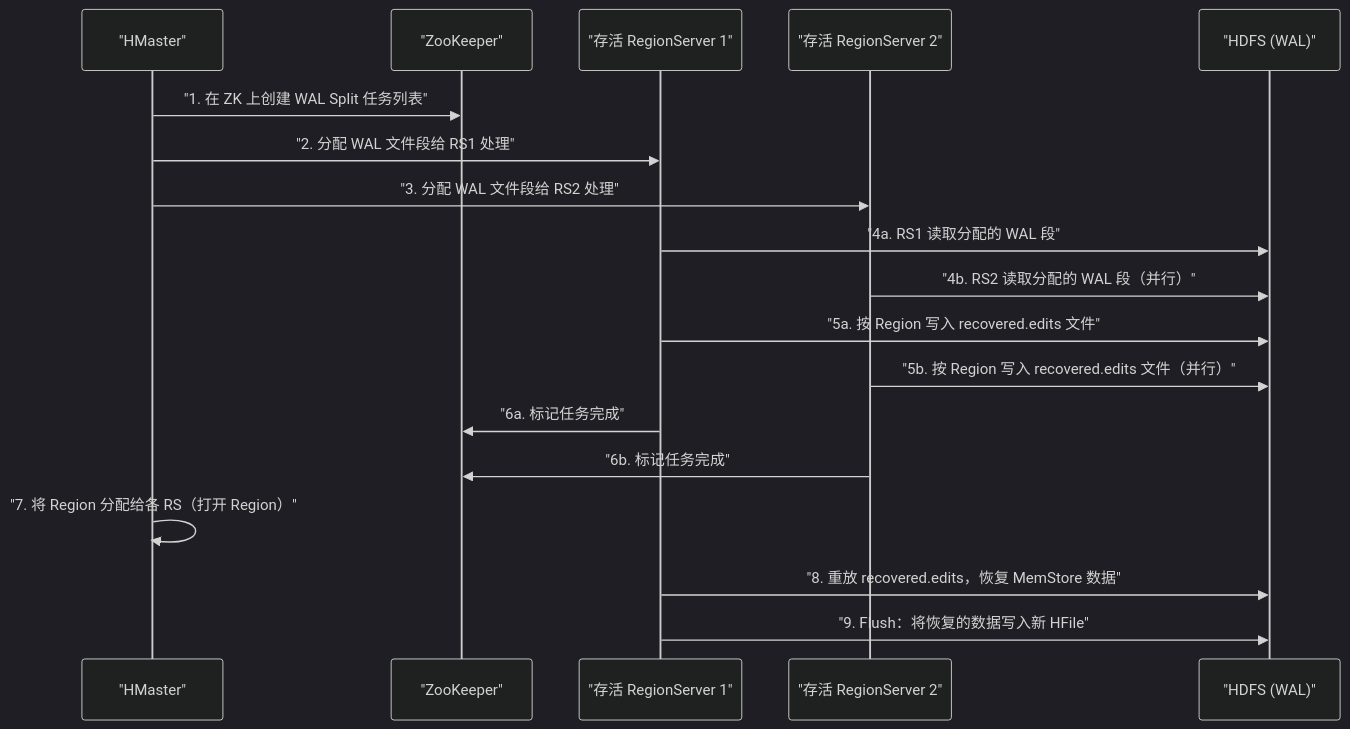
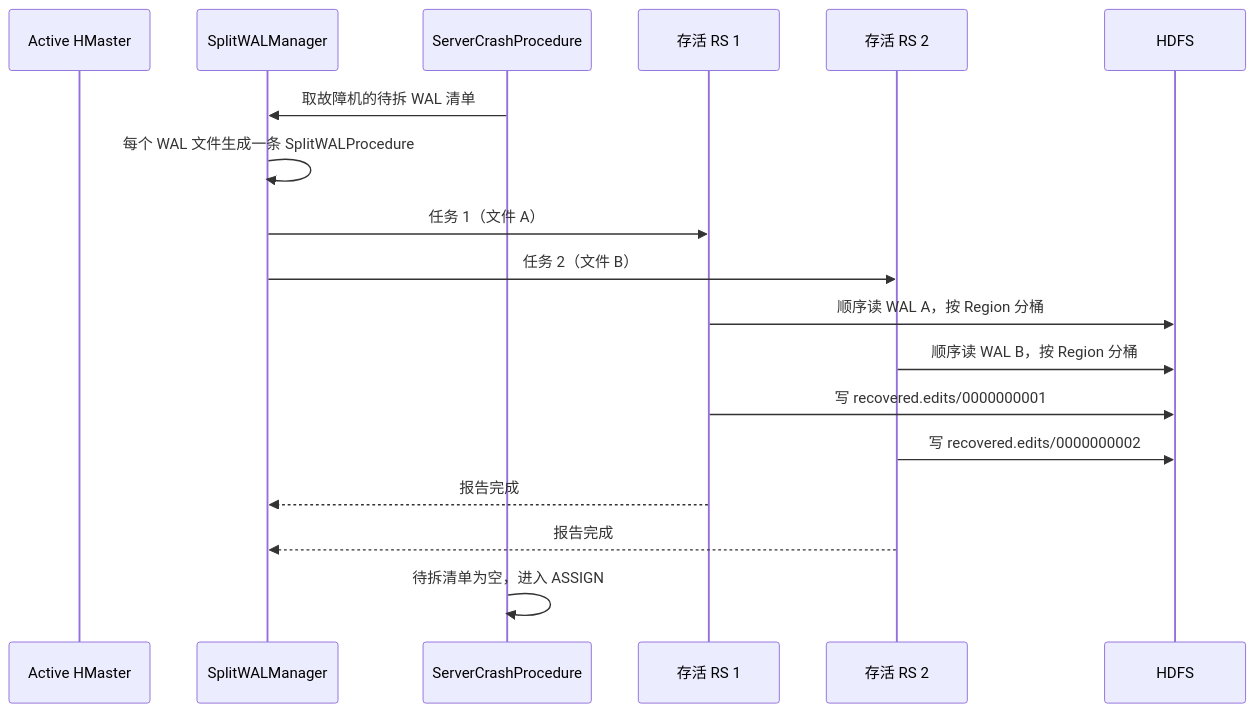
The second of 5 diagrams in content/大数据/HBase/09 HBase 高可用与容灾——崩溃恢复、备份与复制.md (hpliStartAgain/my-brain), drawn with Mermaid before and after one commit. The commit also changed other lines of this file and 455 other files, not shown here.

````diff
--- a/content/大数据/HBase/09 HBase 高可用与容灾——崩溃恢复、备份与复制.md
+++ b/content/大数据/HBase/09 HBase 高可用与容灾——崩溃恢复、备份与复制.md
@@ -102,26 +106,22 @@
 ```mermaid
-%%{init: {'theme': 'dark', 'themeVariables': {'primaryColor': '#6272a4', 'primaryTextColor': '#f8f8f2', 'primaryBorderColor': '#bd93f9', 'lineColor': '#ff79c6', 'secondaryColor': '#44475a', 'tertiaryColor': '#282a36'}}}%%
+%%{init: {'theme': 'dracula'}}%%
 sequenceDiagram
-    participant M as "HMaster"
-    participant ZK as "ZooKeeper"
-    participant RS1 as "存活 RegionServer 1"
-    participant RS2 as "存活 RegionServer 2"
-    participant HDFS as "HDFS (WAL)"
+    participant M as Active HMaster
+    participant S as SplitWALManager
+    participant P as ServerCrashProcedure
+    participant R1 as 存活 RS 1
+    participant R2 as 存活 RS 2
+    participant H as HDFS
 
-    M->>ZK: "1. 在 ZK 上创建 WAL Split 任务列表"
-    M->>RS1: "2. 分配 WAL 文件段给 RS1 处理"
-    M->>RS2: "3. 分配 WAL 文件段给 RS2 处理"
-
-    RS1->>HDFS: "4a. RS1 读取分配的 WAL 段"
-    RS2->>HDFS: "4b. RS2 读取分配的 WAL 段（并行）"
-
-    RS1->>HDFS: "5a. 按 Region 写入 recovered.edits 文件"
-    RS2->>HDFS: "5b. 按 Region 写入 recovered.edits 文件（并行）"
-
-    RS1->>ZK: "6a. 标记任务完成"
-    RS2->>ZK: "6b. 标记任务完成"
-
-    M->>M: "7. 将 Region 分配给各 RS（打开 Region）"
-    RS1->>HDFS: "8. 重放 recovered.edits，恢复 MemStore 数据"
-    RS1->>HDFS: "9. Flush：将恢复的数据写入新 HFile"
+    P->>S: 取故障机的待拆 WAL 清单
+    S->>S: 每个 WAL 文件生成一条 SplitWALProcedure
+    S->>R1: 任务 1（文件 A）
+    S->>R2: 任务 2（文件 B）
+    R1->>H: 顺序读 WAL A，按 Region 分桶
+    R2->>H: 顺序读 WAL B，按 Region 分桶
+    R1->>H: 写 recovered.edits/0000000001
+    R2->>H: 写 recovered.edits/0000000002
+    R1-->>S: 报告完成
+    R2-->>S: 报告完成
+    P->>P: 待拆清单为空，进入 ASSIGN
 ```
````
